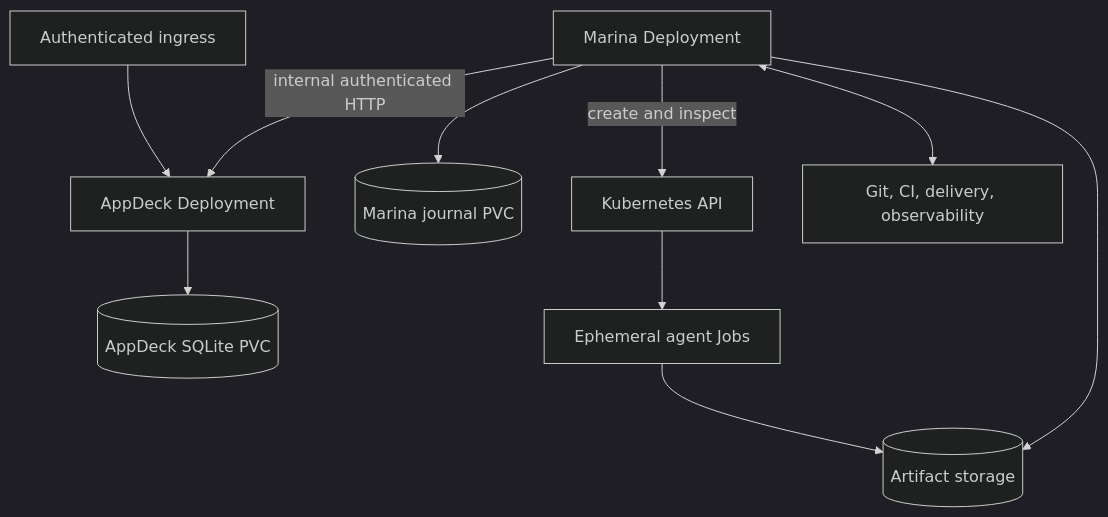
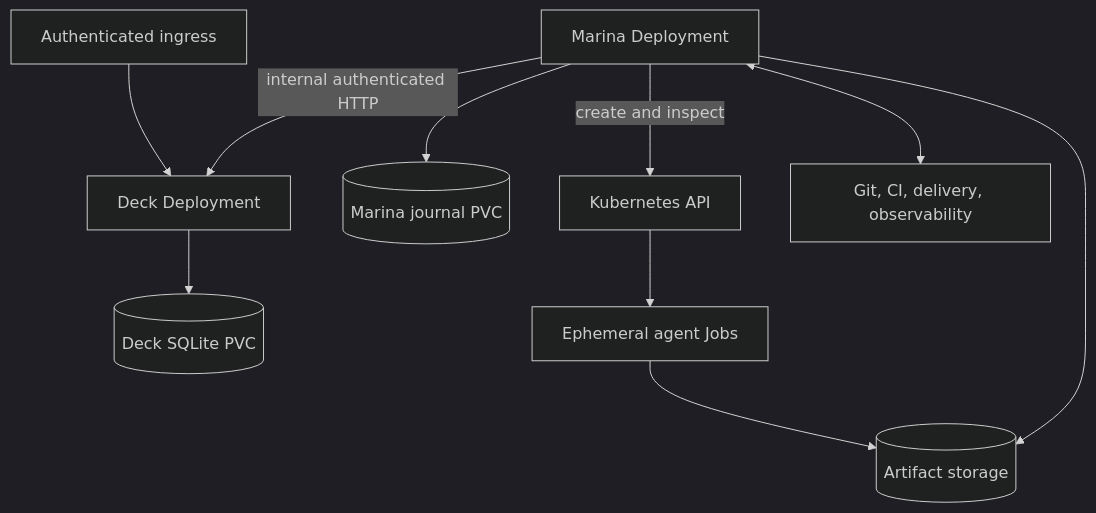
One commit to jmlero/the-platform changed the third of 3 diagrams in ARCHITECTURE.md. Above: the diagram before and after it, drawn with Mermaid (dark theme). The commit also changed other lines of this file and 161 other files, not shown here.

````diff
--- a/ARCHITECTURE.md
+++ b/ARCHITECTURE.md
@@ -482,13 +482,13 @@
 ```mermaid
 flowchart TB
-    I[Authenticated ingress] --> A[AppDeck Deployment]
-    A --> AD[(AppDeck SQLite PVC)]
+    I[Authenticated ingress] --> A[Deck Deployment]
+    A --> AD[(Deck SQLite PVC)]
 
     M[Marina Deployment] --> MD[(Marina journal PVC)]
     M -->|internal authenticated HTTP| A
     M -->|create and inspect| K[Kubernetes API]
     K --> J[Ephemeral agent Jobs]
     J --> AS[(Artifact storage)]
     M --> AS
     M <--> E[Git, CI, delivery, observability]
 ```
````
